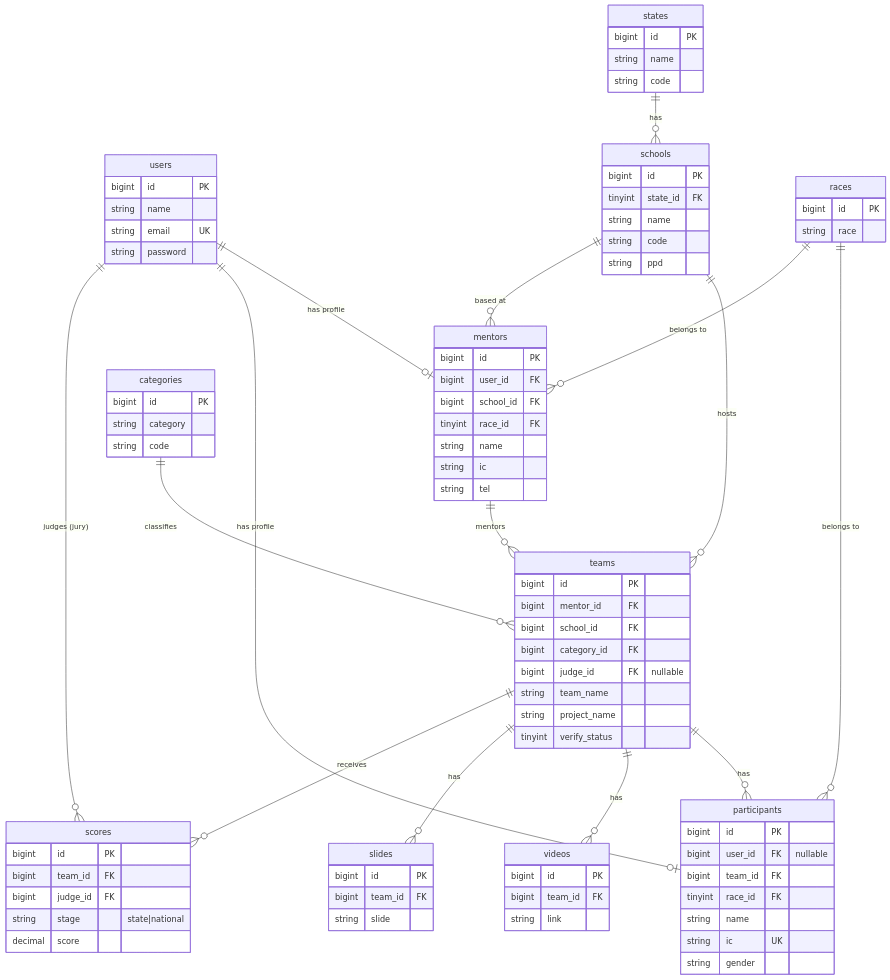
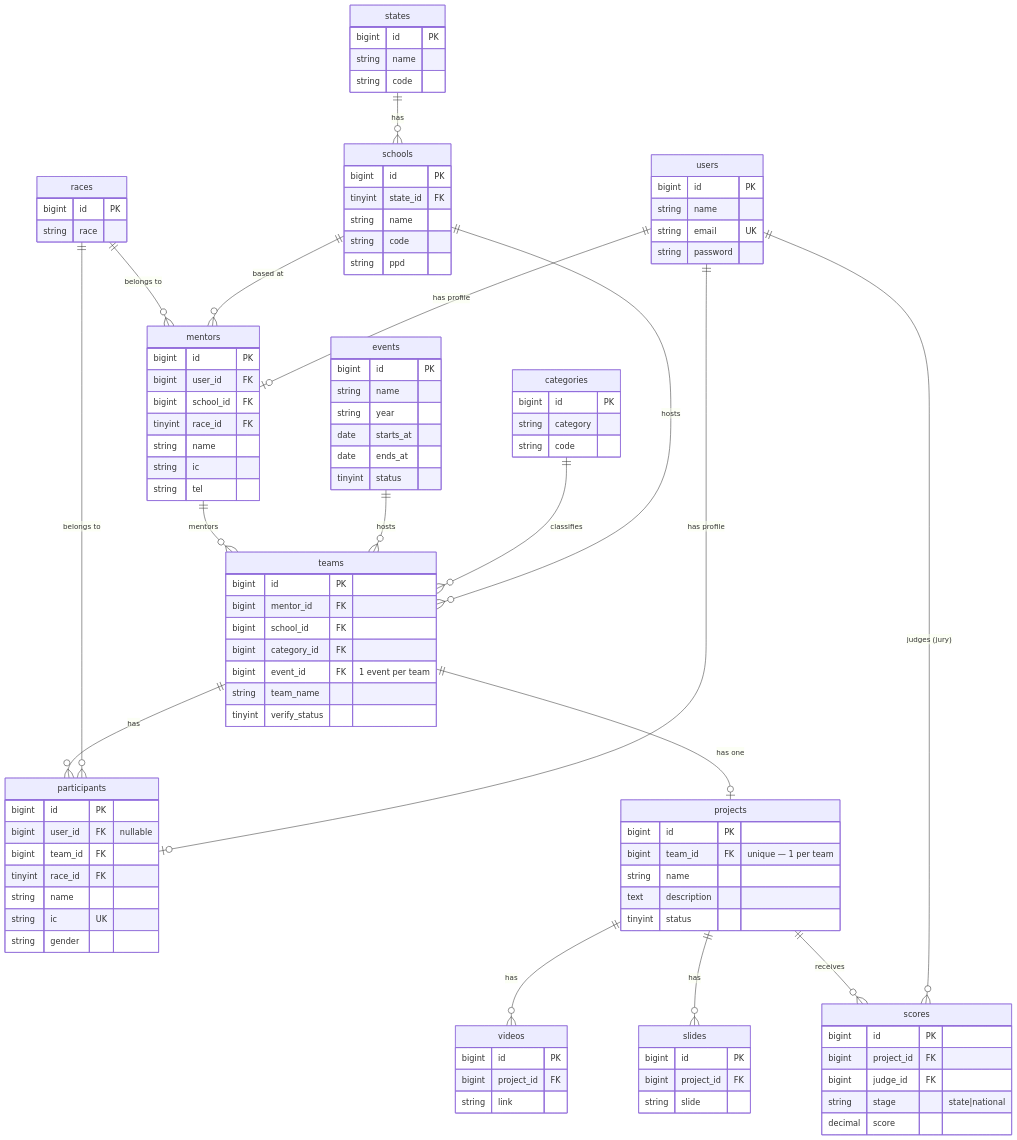
Before and after one commit to StreamDotMySolutions/junior_innovathon_2026: the diagram in docs/backend/schema.md, drawn with Mermaid. The commit also changed other lines of this file and 3 other files, not shown here.

First line of the commit message:
Add Event and Project entities (Admin creates Event, Mentor creates Project)

```diff
--- a/docs/backend/schema.md
+++ b/docs/backend/schema.md
@@ -40,17 +61,34 @@
     races ||--o{ participants : "belongs to"
     races ||--o{ mentors : "belongs to"
 
+    events ||--o{ teams : hosts
     mentors ||--o{ teams : mentors
     teams ||--o{ participants : has
-    teams ||--o{ videos : has
-    teams ||--o{ slides : has
-    teams ||--o{ scores : receives
+    teams ||--o| projects : "has one"
+    projects ||--o{ videos : has
+    projects ||--o{ slides : has
+    projects ||--o{ scores : receives
 
     users {
         bigint id PK
         string name
         string email UK
         string password
+    }
+    events {
+        bigint id PK
+        string name
+        string year
+        date starts_at
+        date ends_at
+        tinyint status
+    }
+    projects {
+        bigint id PK
+        bigint team_id FK "unique — 1 per team"
+        string name
+        text description
+        tinyint status
     }
     mentors {
         bigint id PK
@@ -75,9 +113,8 @@
         bigint mentor_id FK
         bigint school_id FK
         bigint category_id FK
-        bigint judge_id FK "nullable"
+        bigint event_id FK "1 event per team"
         string team_name
-        string project_name
         tinyint verify_status
     }
     schools {
@@ -89,13 +126,13 @@
     }
     scores {
         bigint id PK
-        bigint team_id FK
+        bigint project_id FK
         bigint judge_id FK
         string stage "state|national"
         decimal score
     }
-    videos { bigint id PK bigint team_id FK string link }
-    slides { bigint id PK bigint team_id FK string slide }
+    videos { bigint id PK bigint project_id FK string link }
+    slides { bigint id PK bigint project_id FK string slide }
     categories { bigint id PK string category string code }
     states { bigint id PK string name string code }
     races { bigint id PK string race }
```
